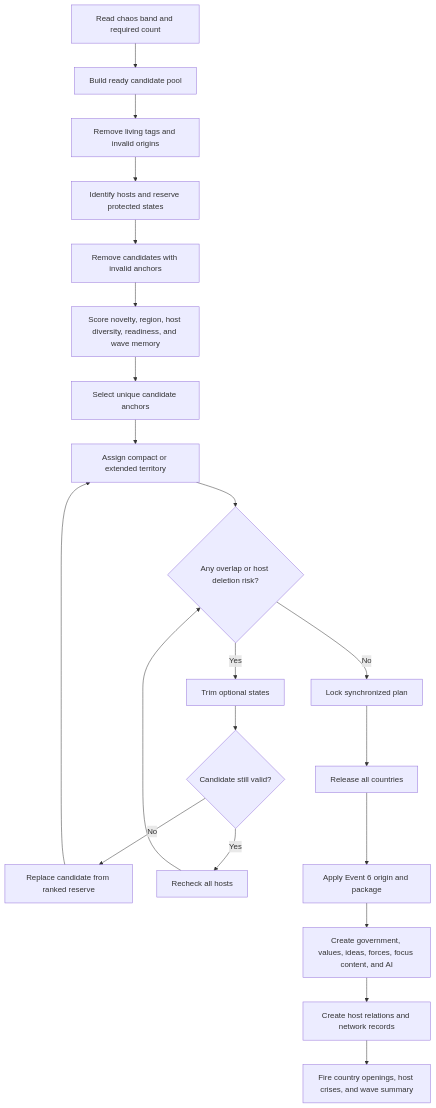
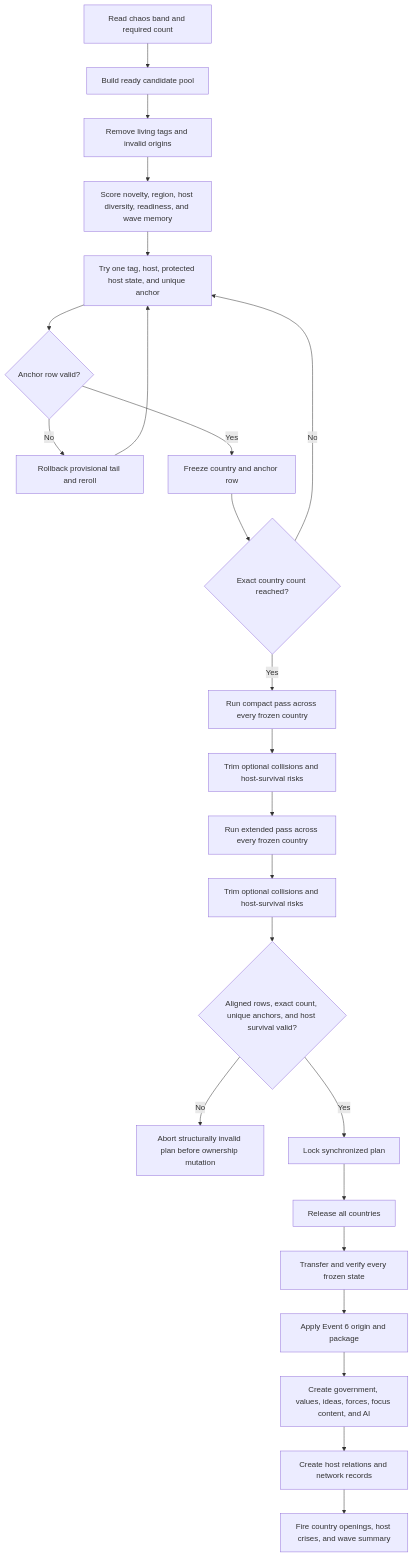
One commit to klimPaskov/Chaos-Redux changed the diagram in docs/specs/006_independence_wave_specs/diagrams/006_release_planner_flow.md. Above: the diagram before and after it, drawn with Mermaid. The commit also changed other lines of this file and 22 other files, not shown here.

Commit message:
Fix Event 6 anchor-first release planning

````diff
--- a/docs/specs/006_independence_wave_specs/diagrams/006_release_planner_flow.md
+++ b/docs/specs/006_independence_wave_specs/diagrams/006_release_planner_flow.md
@@ -5,23 +5,26 @@
 ```mermaid
 flowchart TD
     A[Read chaos band and required count] --> B[Build ready candidate pool]
     B --> C[Remove living tags and invalid origins]
-    C --> D[Identify hosts and reserve protected states]
-    D --> E[Remove candidates with invalid anchors]
-    E --> F[Score novelty, region, host diversity, readiness, and wave memory]
-    F --> G[Select unique candidate anchors]
-    G --> H[Assign compact or extended territory]
-    H --> I{Any overlap or host deletion risk?}
-    I -- Yes --> J[Trim optional states]
-    J --> K{Candidate still valid?}
-    K -- No --> L[Replace candidate from ranked reserve]
-    K -- Yes --> M[Recheck all hosts]
-    L --> H
-    M --> I
-    I -- No --> N[Lock synchronized plan]
-    N --> O[Release all countries]
-    O --> P[Apply Event 6 origin and package]
-    P --> Q[Create government, values, ideas, forces, focus content, and AI]
-    Q --> R[Create host relations and network records]
-    R --> S[Fire country openings, host crises, and wave summary]
+    C --> D[Score novelty, region, host diversity, readiness, and wave memory]
+    D --> E[Try one tag, host, protected host state, and unique anchor]
+    E --> F{Anchor row valid?}
+    F -- No --> G[Rollback provisional tail and reroll]
+    G --> E
+    F -- Yes --> H[Freeze country and anchor row]
+    H --> I{Exact country count reached?}
+    I -- No --> E
+    I -- Yes --> J[Run compact pass across every frozen country]
+    J --> K[Trim optional collisions and host-survival risks]
+    K --> L[Run extended pass across every frozen country]
+    L --> M[Trim optional collisions and host-survival risks]
+    M --> N{Aligned rows, exact count, unique anchors, and host survival valid?}
+    N -- No --> O[Abort structurally invalid plan before ownership mutation]
+    N -- Yes --> P[Lock synchronized plan]
+    P --> Q[Release all countries]
+    Q --> R[Transfer and verify every frozen state]
+    R --> S[Apply Event 6 origin and package]
+    S --> T[Create government, values, ideas, forces, focus content, and AI]
+    T --> U[Create host relations and network records]
+    U --> V[Fire country openings, host crises, and wave summary]
 ```
````
